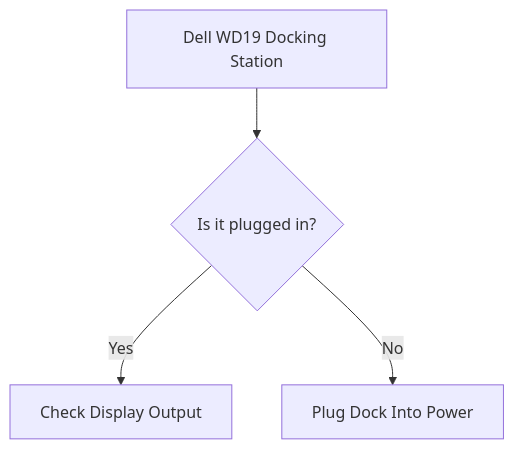
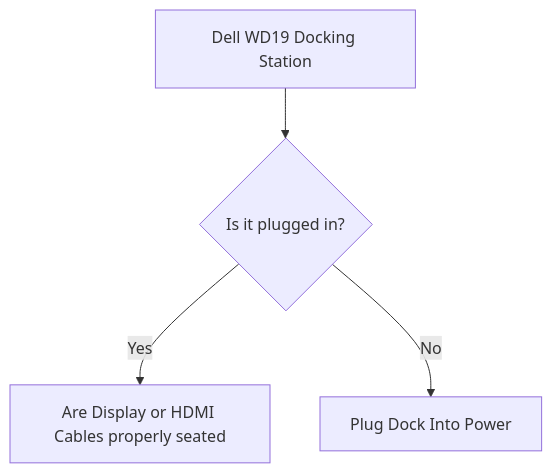
The diagram in 2026-03-02.md (ODS-VDTSS/ObsidianGitTest), drawn with Mermaid before and after one commit.

Commit message:
vault backup: 2026-03-02 23:27:16

````diff
--- a/2026-03-02.md
+++ b/2026-03-02.md
@@ -9,6 +9,6 @@
 ```mermaid  
 flowchart TD  
 A[Dell WD19 Docking Station] --> B{Is it plugged in?}  
-B -->|Yes| C[Check Display Output]  
+B -->|Yes| C[Are Display or HDMI Cables properly seated]  
 B -->|No| D[Plug Dock Into Power]
 ```
````
